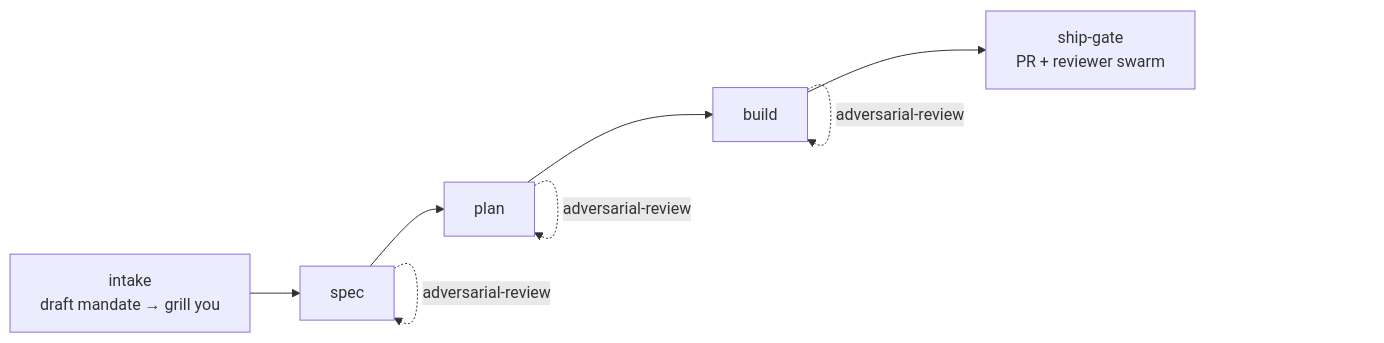
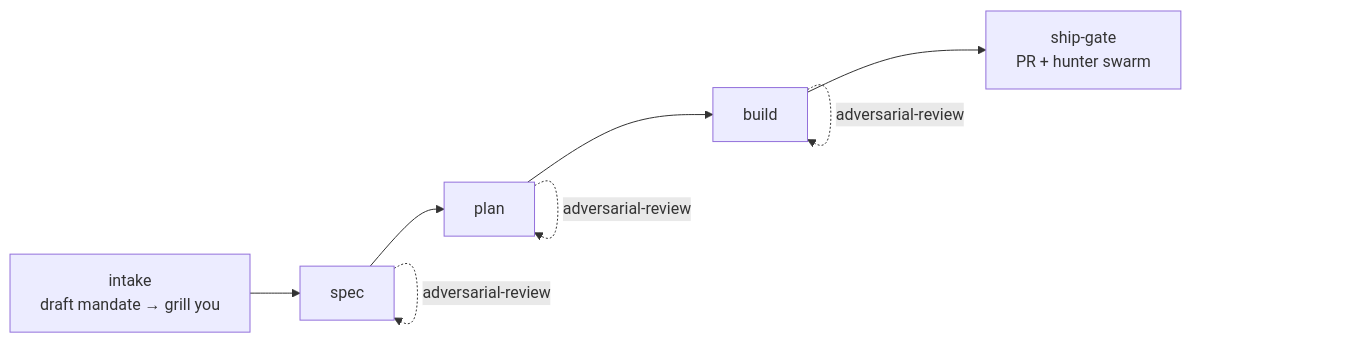
Before and after one commit to danielchappell/scuba-stack: the second of 2 diagrams in README.md, drawn with Mermaid. The commit also changed other lines of this file and 16 other files, not shown here.

````diff
--- a/README.md
+++ b/README.md
@@ -68,10 +68,10 @@
 ```mermaid
 flowchart LR
     intake[intake<br/>draft mandate → grill you] --> spec[spec]
     spec --> plan[plan]
     plan --> build[build]
-    build --> ship[ship-gate<br/>PR + reviewer swarm]
+    build --> ship[ship-gate<br/>PR + hunter swarm]
     spec -. adversarial-review .-> spec
     plan -. adversarial-review .-> plan
     build -. adversarial-review .-> build
 ```
````
